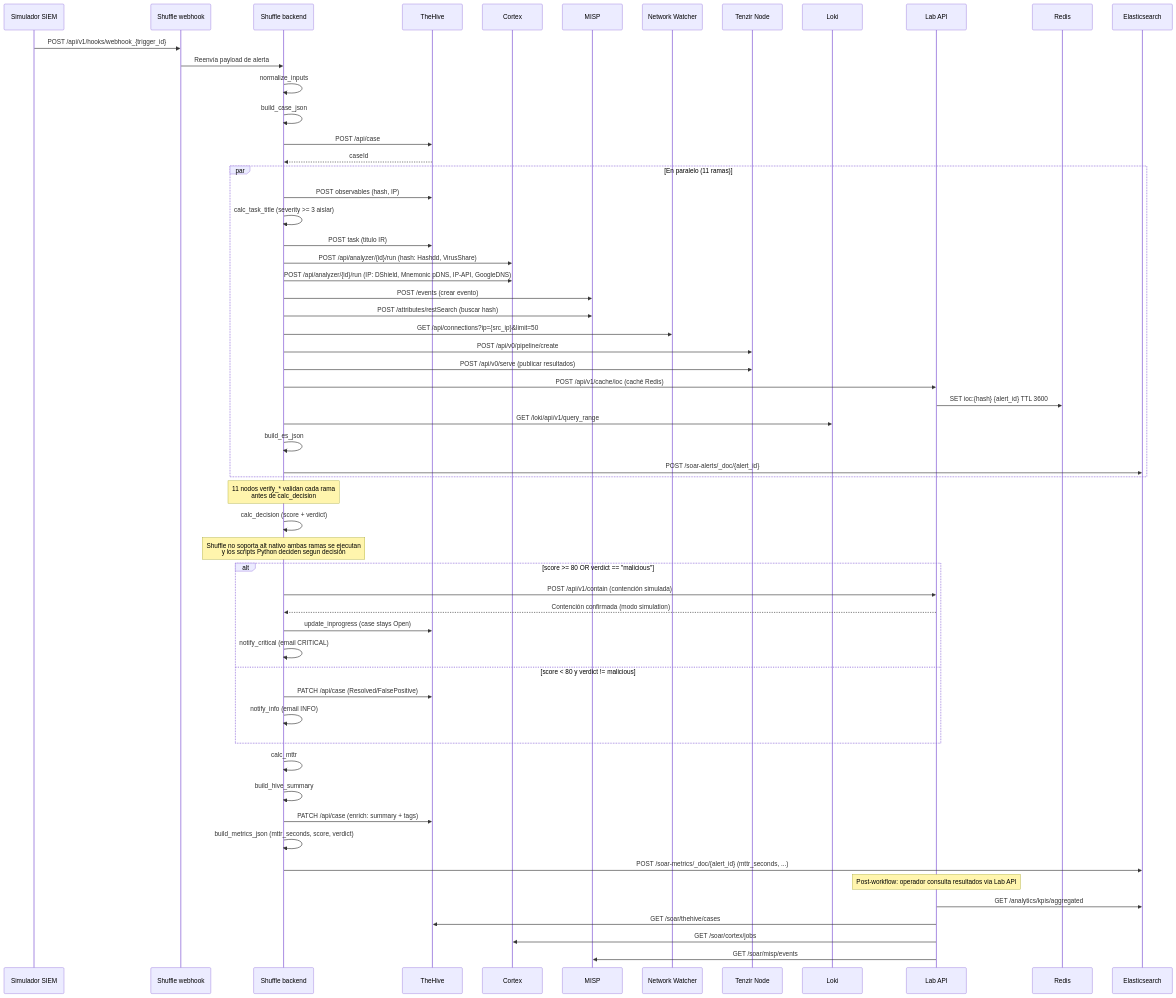
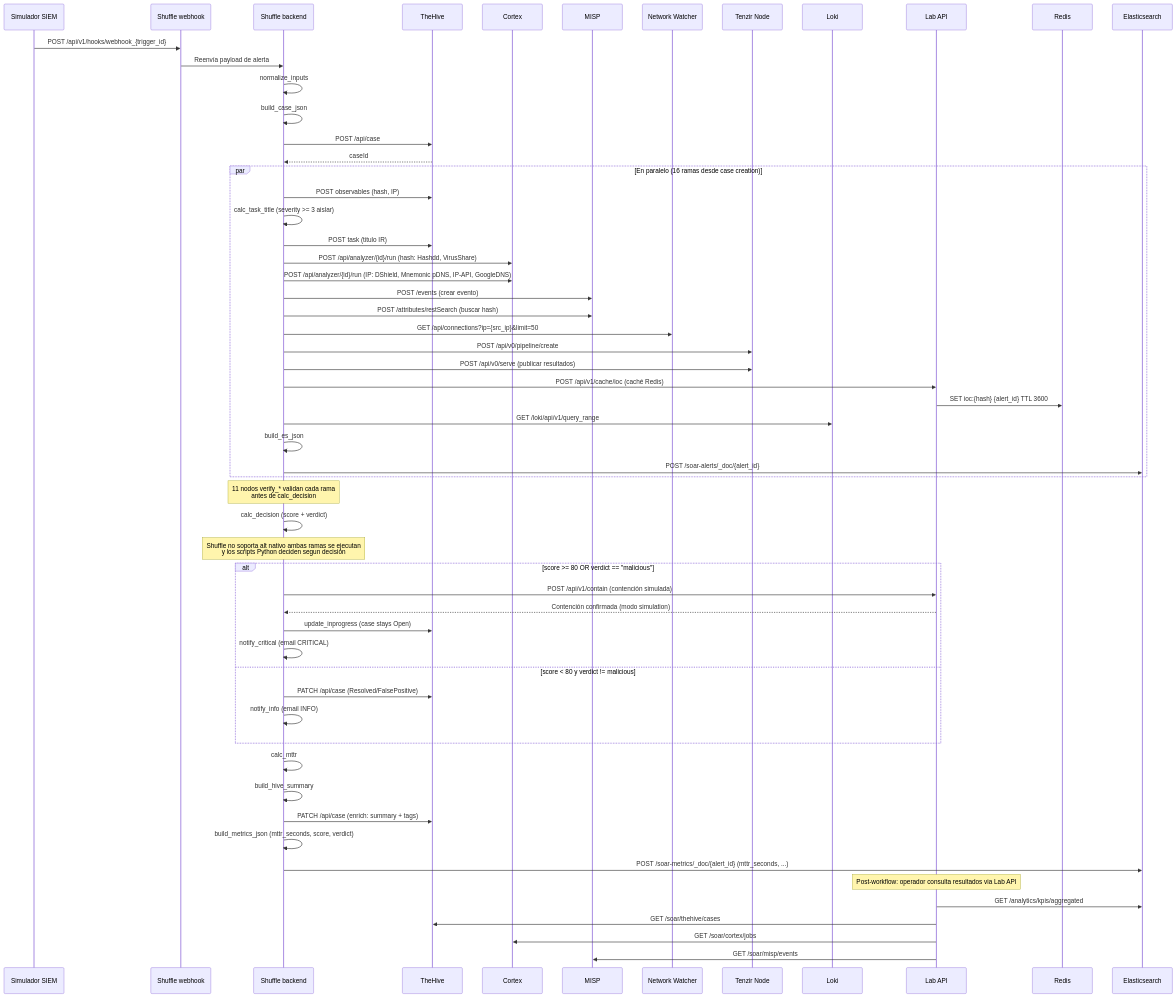
Before and after one commit to alesanfe/soar-ransomware-lab: the fifth of 12 diagrams in docs/thesis/appendix_f.md, drawn with Mermaid.

Commit message:
fix(thesis): F.5 - corrige numero de ramas paralelas (11 -> 16)
El workflow tiene 16 ramas paralelas desde ACT_THEHIVE (case creation),
no 11. Verificado contra workflow_actions.py:833-852:

1. obs_hash
2. obs_ip
3. calc_task_title
4. cortex_hash (Hashdd)
5. cortex_hash_virusshare (VirusShare)
6. cortex_ip (IP-API primario)
7. cortex_ip_dshield
8. cortex_ip_mnemonic_pdns
9. cortex_ip_googledns
10. cortex_ip_ipapi (IP-API secundario)
11. misp_create
12. build_es_json
13. tenzir_analyze
14. network_watch
15. redis_cache
16. loki_search

La nota '11 nodos verify_*' si es correcta (hay 11 acciones de
verificacion distintas: verify_obs_hash, verify_obs_ip, verify_task,
verify_cortex_hash, verify_cortex_ip, verify_misp, verify_es,
verify_tenzir, verify_network, verify_redis, verify_loki).

````diff
--- a/docs/thesis/appendix_f.md
+++ b/docs/thesis/appendix_f.md
@@ -248,61 +248,61 @@
 ```mermaid
 sequenceDiagram
  participant Sim as Simulador SIEM
  participant Shuffle as Shuffle webhook
  participant Backend as Shuffle backend
  participant TheHive as TheHive
  participant Cortex as Cortex
  participant MISP as MISP
  participant NW as Network Watcher
  participant Tenzir as Tenzir Node
  participant Loki as Loki
  participant API as Lab API
  participant Redis as Redis
  participant ES as Elasticsearch
 
  Sim->>Shuffle: POST /api/v1/hooks/webhook_{trigger_id}
  Shuffle->>Backend: Reenvía payload de alerta
  Backend->>Backend: normalize_inputs
  Backend->>Backend: build_case_json
  Backend->>TheHive: POST /api/case
  TheHive-->>Backend: caseId
- par En paralelo (11 ramas)
+ par En paralelo (16 ramas desde case creation)
    Backend->>TheHive: POST observables (hash, IP)
    Backend->>Backend: calc_task_title (severity >= 3 aislar)
    Backend->>TheHive: POST task (titulo IR)
    Backend->>Cortex: POST /api/analyzer/{id}/run (hash: Hashdd, VirusShare)
    Backend->>Cortex: POST /api/analyzer/{id}/run (IP: DShield, Mnemonic pDNS, IP-API, GoogleDNS)
    Backend->>MISP: POST /events (crear evento)
    Backend->>MISP: POST /attributes/restSearch (buscar hash)
    Backend->>NW: GET /api/connections?ip={src_ip}&limit=50
    Backend->>Tenzir: POST /api/v0/pipeline/create
    Backend->>Tenzir: POST /api/v0/serve (publicar resultados)
    Backend->>API: POST /api/v1/cache/ioc (caché Redis)
    API->>Redis: SET ioc:{hash} {alert_id} TTL 3600
    Backend->>Loki: GET /loki/api/v1/query_range
    Backend->>Backend: build_es_json
    Backend->>ES: POST /soar-alerts/_doc/{alert_id}
  end
  Note over Backend: 11 nodos verify_* validan cada rama<br/>antes de calc_decision
  Backend->>Backend: calc_decision (score + verdict)
  Note over Backend: Shuffle no soporta alt nativo ambas ramas se ejecutan<br/>y los scripts Python deciden segun decision
  alt score >= 80 OR verdict == "malicious"
    Backend->>API: POST /api/v1/contain (contención simulada)
    API-->>Backend: Contención confirmada (modo simulation)
    Backend->>TheHive: update_inprogress (case stays Open)
    Backend->>Backend: notify_critical (email CRITICAL)
  else score < 80 y verdict != malicious
    Backend->>TheHive: PATCH /api/case (Resolved/FalsePositive)
    Backend->>Backend: notify_info (email INFO)
  end
  Backend->>Backend: calc_mttr
  Backend->>Backend: build_hive_summary
  Backend->>TheHive: PATCH /api/case (enrich: summary + tags)
  Backend->>Backend: build_metrics_json (mttr_seconds, score, verdict)
  Backend->>ES: POST /soar-metrics/_doc/{alert_id} (mttr_seconds, ...)
  Note over API: Post-workflow: operador consulta resultados via Lab API
  API->>ES: GET /analytics/kpis/aggregated
  API->>TheHive: GET /soar/thehive/cases
  API->>Cortex: GET /soar/cortex/jobs
  API->>MISP: GET /soar/misp/events
 ```
````
